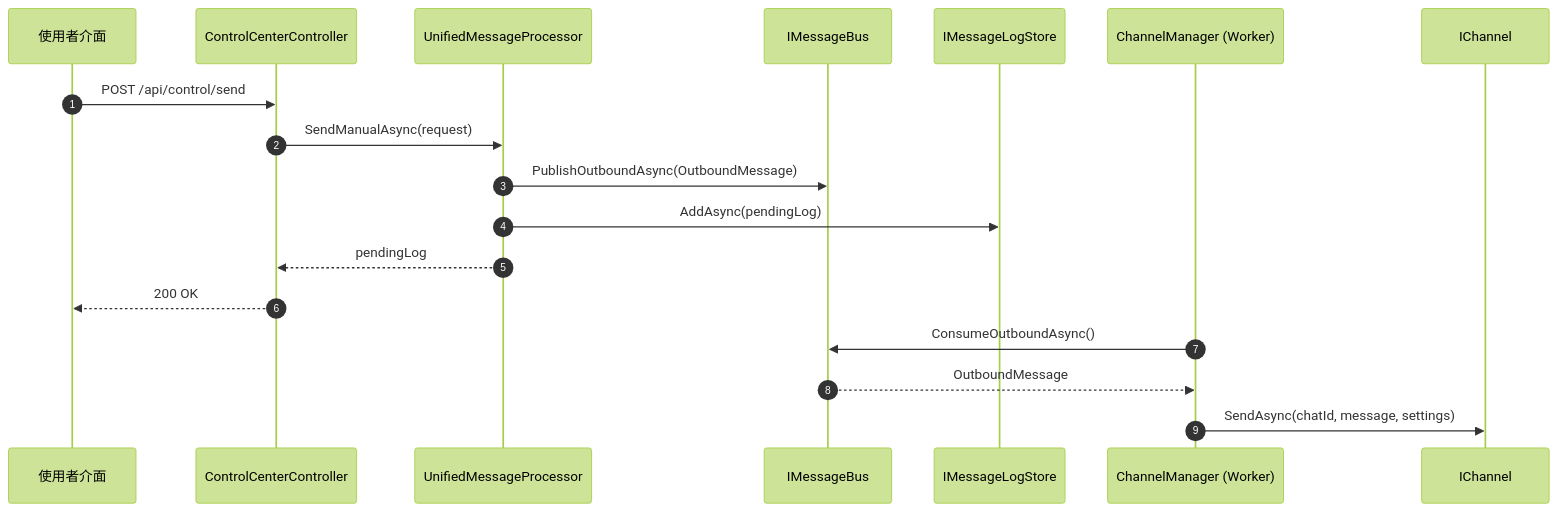
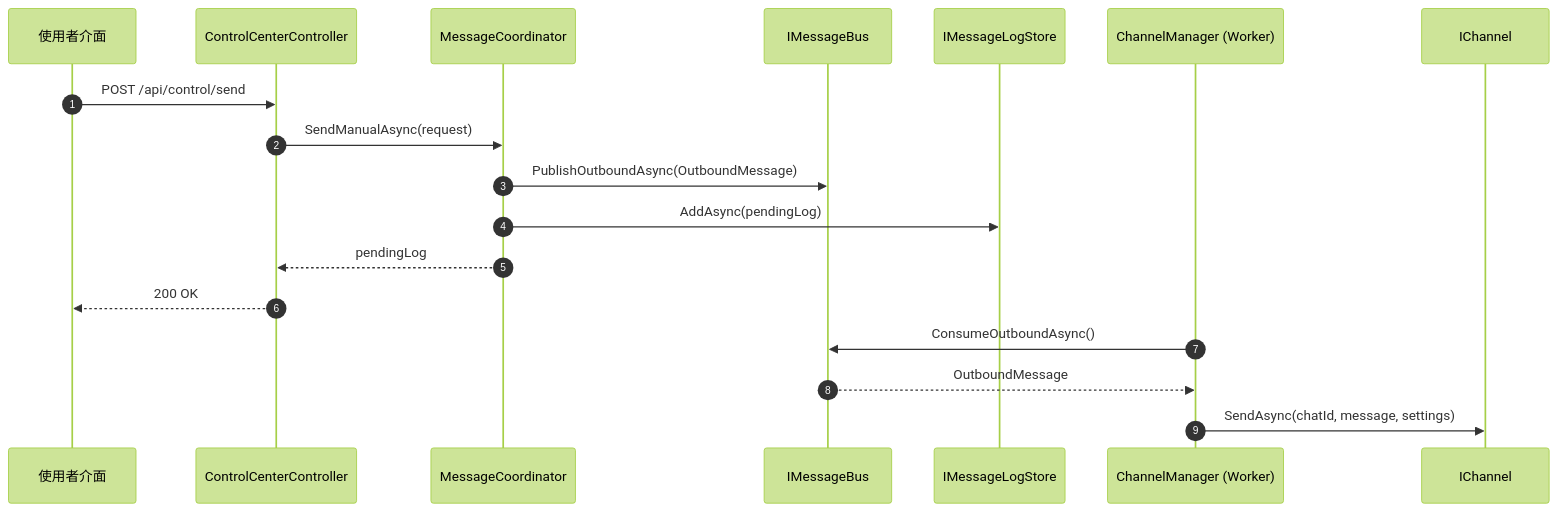
The eighth of 8 diagrams in docs/ARCHITECTURE_OVERVIEW.md (bruceagentadmin/MessageHub), drawn with Mermaid (forest theme) before and after one commit. The commit also changed other lines of this file and 25 other files, not shown here.

````diff
--- a/docs/ARCHITECTURE_OVERVIEW.md
+++ b/docs/ARCHITECTURE_OVERVIEW.md
@@ -346,22 +348,22 @@
 ```mermaid
 sequenceDiagram
     autonumber
     participant UI as 使用者介面
     participant CC as ControlCenterController
-    participant UMP as UnifiedMessageProcessor
+    participant MC as MessageCoordinator
     participant Bus as IMessageBus
     participant Store as IMessageLogStore
     participant CM as ChannelManager (Worker)
     participant CH as IChannel
 
     UI->>CC: POST /api/control/send
-    CC->>UMP: SendManualAsync(request)
-    UMP->>Bus: PublishOutboundAsync(OutboundMessage)
-    UMP->>Store: AddAsync(pendingLog)
-    UMP-->>CC: pendingLog
+    CC->>MC: SendManualAsync(request)
+    MC->>Bus: PublishOutboundAsync(OutboundMessage)
+    MC->>Store: AddAsync(pendingLog)
+    MC-->>CC: pendingLog
     CC-->>UI: 200 OK
 
     CM->>Bus: ConsumeOutboundAsync()
     Bus-->>CM: OutboundMessage
     CM->>CH: SendAsync(chatId, message, settings)
 ```
````
